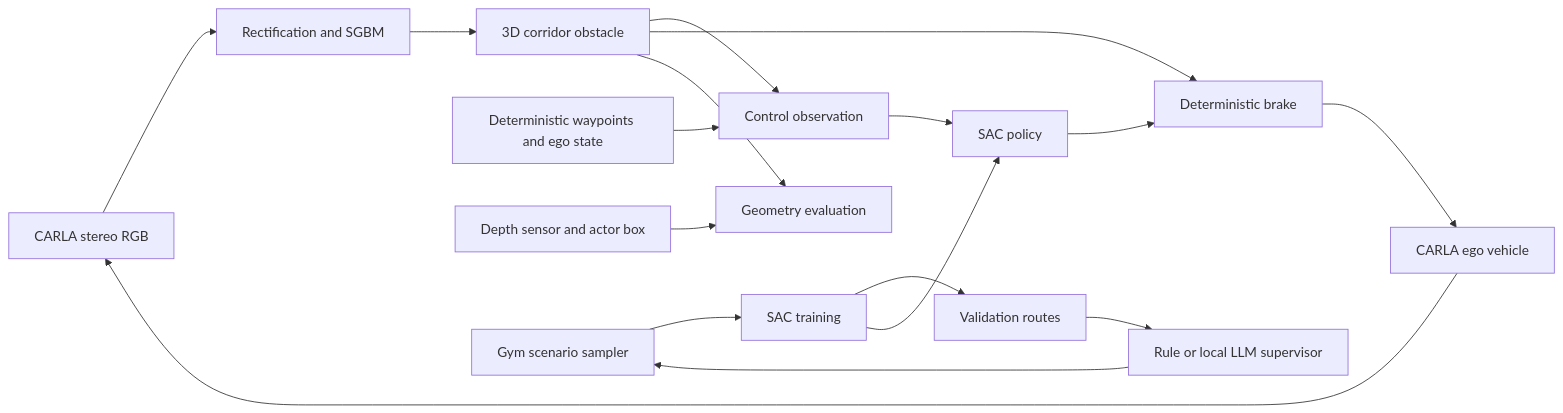
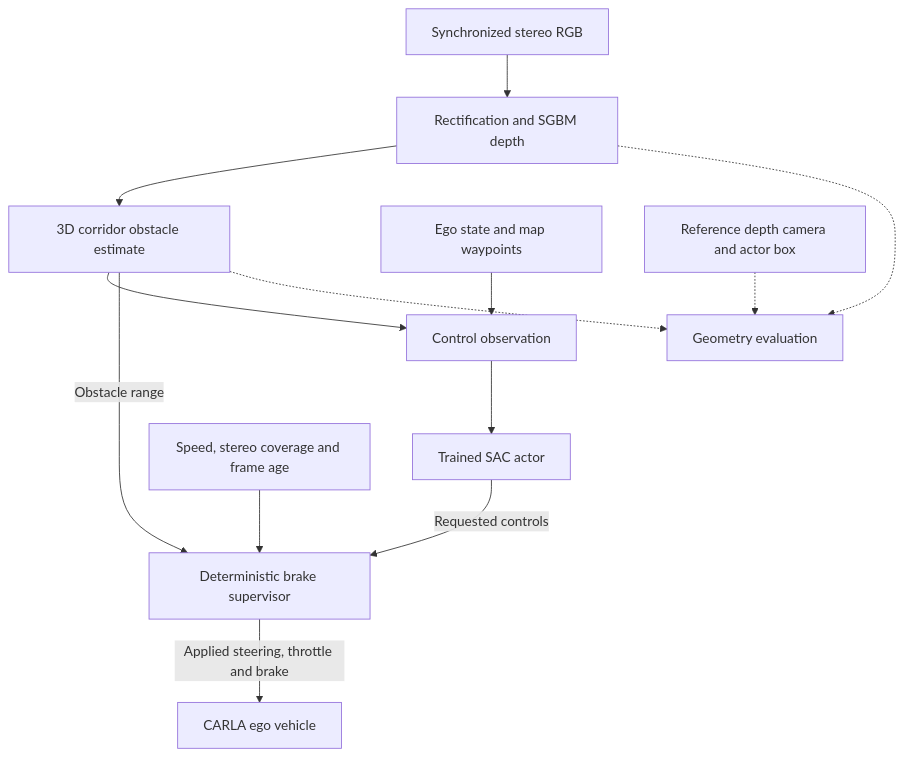
One commit to Nandhini1github/RL-SAC-Driving-Geometric-Vision changed the second of 2 diagrams in README.md. Above: the diagram before and after it, drawn with Mermaid. The commit also changed other lines of this file, not shown here.

Commit message:
Rename project and distinguish Gymnasium SAC training from CARLA inference

````diff
--- a/README.md
+++ b/README.md
@@ -57,19 +78,15 @@
 ```mermaid
-flowchart LR
-    RGB[CARLA stereo RGB] --> Rect[Rectification and SGBM]
-    Rect --> Point[3D corridor obstacle]
-    Point --> Obs[Control observation]
-    Ref[Deterministic waypoints and ego state] --> Obs
-    Obs --> SAC[SAC policy]
-    SAC --> Brake[Deterministic brake]
-    Point --> Brake
-    Brake --> Car[CARLA ego vehicle]
-    Car --> RGB
-    GT[Depth sensor and actor box] --> Eval[Geometry evaluation]
-    Point --> Eval
-    Gym[Gym scenario sampler] --> Train[SAC training]
-    Train --> Val[Validation routes]
-    Val --> Agent[Rule or local LLM supervisor]
-    Agent --> Gym
-    Train --> SAC
+flowchart TD
+    RGB[Synchronized stereo RGB] --> Depth[Rectification and SGBM depth]
+    Depth --> Range[3D corridor obstacle estimate]
+    Range --> Obs[Control observation]
+    State[Ego state and map waypoints] --> Obs
+    Obs --> Actor[Trained SAC actor]
+    Actor -->|Requested controls| Brake[Deterministic brake supervisor]
+    Range -->|Obstacle range| Brake
+    Checks[Speed, stereo coverage and frame age] --> Brake
+    Brake -->|Applied steering, throttle and brake| Ego[CARLA ego vehicle]
+    Depth -.-> Eval[Geometry evaluation]
+    Range -.-> Eval
+    GT[Reference depth camera and actor box] -.-> Eval
 ```
````
